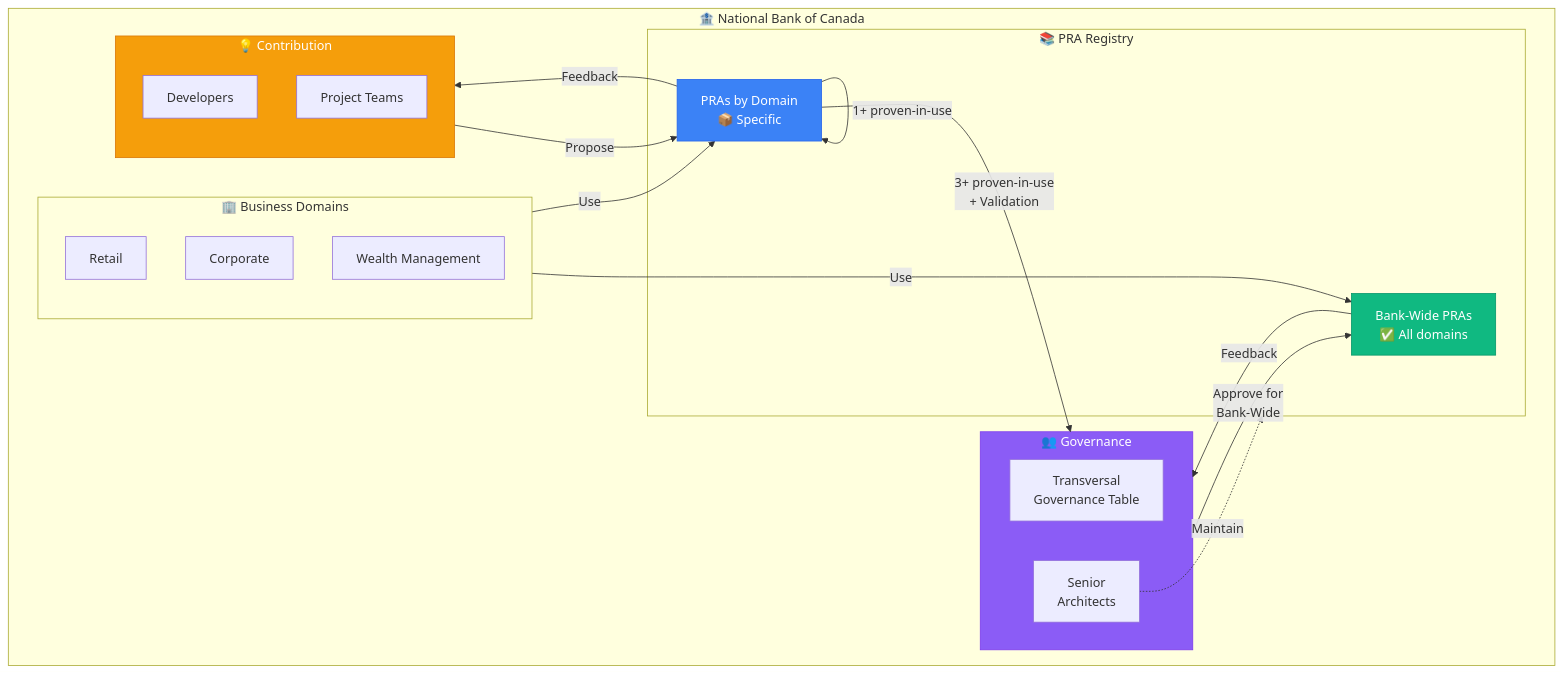
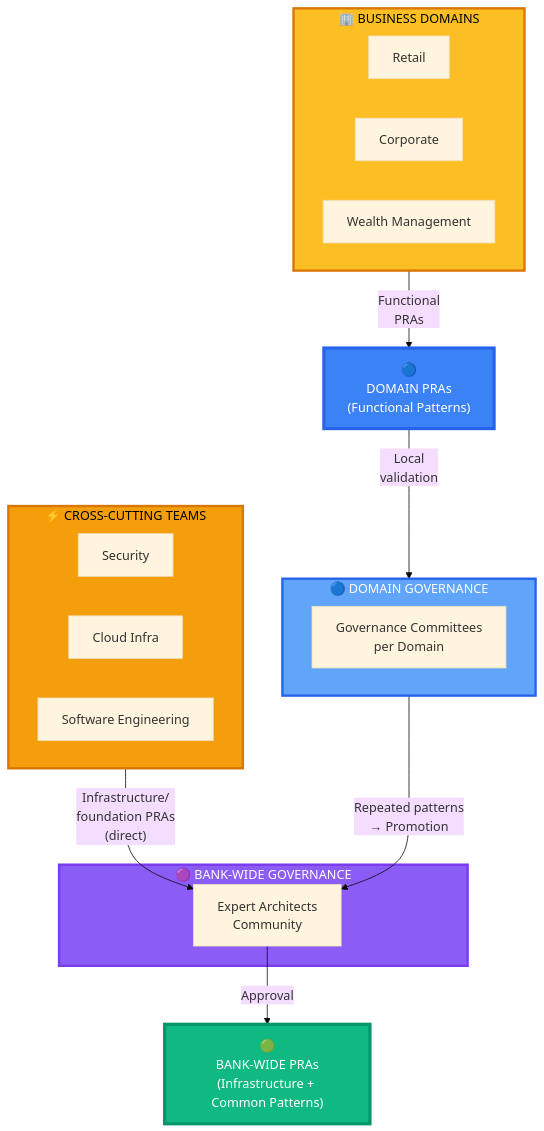
Before and after one commit to KiyaliHQ/proven-reusable-architecture: the first of 2 diagrams in site/content/en/registre/index.md, drawn with Mermaid. The commit also changed other lines of this file and 1 other file, not shown here.

First line of the commit message:
docs: refactor PRA ecosystem to reflect real organizational structure

````diff
--- a/site/content/en/registre/index.md
+++ b/site/content/en/registre/index.md
@@ -18,40 +18,39 @@
 ```mermaid
+%%{init: {'theme':'base', 'themeVariables': { 'fontSize':'16px'}}}%%
 graph TB
-    subgraph BNC["🏦 National Bank of Canada"]
-        subgraph GOV["👥 Governance"]
-            GT[Transversal<br/>Governance Table]
-            ARCH[Senior<br/>Architects]
-        end
-
-        subgraph REGISTRY["📚 PRA Registry"]
-            BW[Bank-Wide PRAs<br/>✅ All domains]
-            DOM[PRAs by Domain<br/>📦 Specific]
-        end
-
-        subgraph DOMAINS["🏢 Business Domains"]
-            PART[Retail]
-            ENT[Corporate]
-            GP[Wealth Management]
-        end
-
-        subgraph CONTRIB["💡 Contribution"]
-            DEV[Developers]
-            TEAM[Project Teams]
-        end
+    subgraph TRANS["⚡ CROSS-CUTTING TEAMS"]
+        SEC["Security"]
+        INFRA["Cloud Infra"]
+        SE["Software Engineering"]
     end
 
-    CONTRIB -->|Propose| DOM
-    DOM -->|1+ proven-in-use| DOM
-    DOM -->|3+ proven-in-use<br/>+ Validation| GOV
-    GOV -->|Approve for<br/>Bank-Wide| BW
-    DOMAINS -->|Use| BW
-    DOMAINS -->|Use| DOM
-    BW -->|Feedback| GOV
-    DOM -->|Feedback| CONTRIB
-    ARCH -.->|Maintain| REGISTRY
+    subgraph DOMAINS["🏢 BUSINESS DOMAINS"]
+        PART["Retail"]
+        ENT["Corporate"]
+        GP["Wealth Management"]
+    end
 
-    style BW fill:#10b981,stroke:#059669,color:#fff
-    style DOM fill:#3b82f6,stroke:#2563eb,color:#fff
-    style GOV fill:#8b5cf6,stroke:#7c3aed,color:#fff
-    style CONTRIB fill:#f59e0b,stroke:#d97706,color:#fff
+    subgraph GOV_DOM["🔵 DOMAIN GOVERNANCE"]
+        GOVD["Governance Committees<br/>per Domain"]
+    end
+
+    subgraph GOV_BW["🟣 BANK-WIDE GOVERNANCE"]
+        GOVB["Expert Architects<br/>Community"]
+    end
+
+    DOM["🔵<br/>DOMAIN PRAs<br/>(Functional Patterns)"]
+    BW["🟢<br/>BANK-WIDE PRAs<br/>(Infrastructure + Common Patterns)"]
+
+    TRANS -->|"Infrastructure/<br/>foundation PRAs<br/>(direct)"| GOVB
+    DOMAINS -->|"Functional<br/>PRAs"| DOM
+    DOM -->|"Local<br/>validation"| GOV_DOM
+    GOV_DOM -->|"Repeated patterns<br/>→ Promotion"| GOVB
+    GOVB -->|"Approval"| BW
+
+    style BW fill:#10b981,stroke:#059669,stroke-width:4px,color:#fff
+    style DOM fill:#3b82f6,stroke:#2563eb,stroke-width:4px,color:#fff
+    style GOV_BW fill:#8b5cf6,stroke:#7c3aed,stroke-width:3px,color:#fff
+    style GOV_DOM fill:#60a5fa,stroke:#2563eb,stroke-width:3px,color:#fff
+    style TRANS fill:#f59e0b,stroke:#d97706,stroke-width:3px,color:#000
+    style DOMAINS fill:#fbbf24,stroke:#d97706,stroke-width:3px,color:#000
 ```
````
